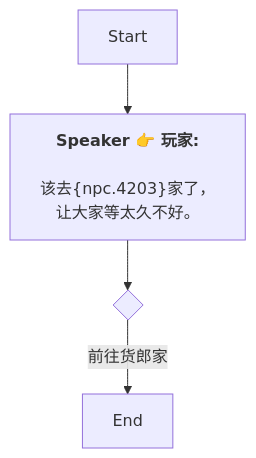
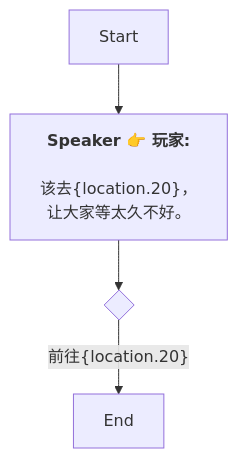
One commit to SoftHu/tos_avg changed the diagram in Zh/QuestStartTalkENode_1741807069284794.md. Above: the diagram before and after it, drawn with Mermaid. The commit also changed 199 other files, not shown here.

````diff
--- a/Zh/QuestStartTalkENode_1741807069284794.md
+++ b/Zh/QuestStartTalkENode_1741807069284794.md
@@ -1,10 +1,10 @@
 ```mermaid
 graph
 Start -->1741807087283645[<b>Speaker 👉 玩家:</b>
 
-该去&lbrace;npc.4203&rbrace;家了，
+该去&lbrace;location.20&rbrace;，
 让大家等太久不好。]
 1741807087283645 -->1741807109361086{ }
-1741807109361086 -->|前往货郎家|1741807120502209[End]
+1741807109361086 -->|前往&lbrace;location.20&rbrace;|1741807120502209[End]
 
  ```
````
